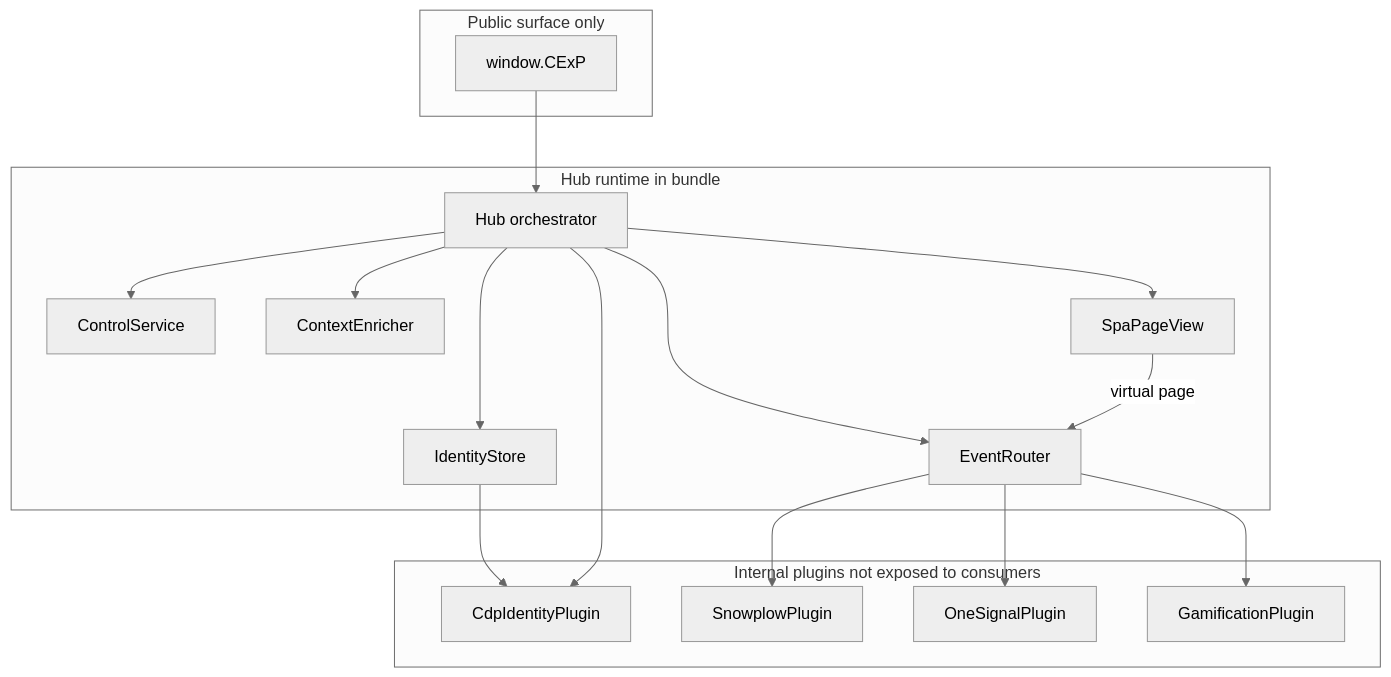
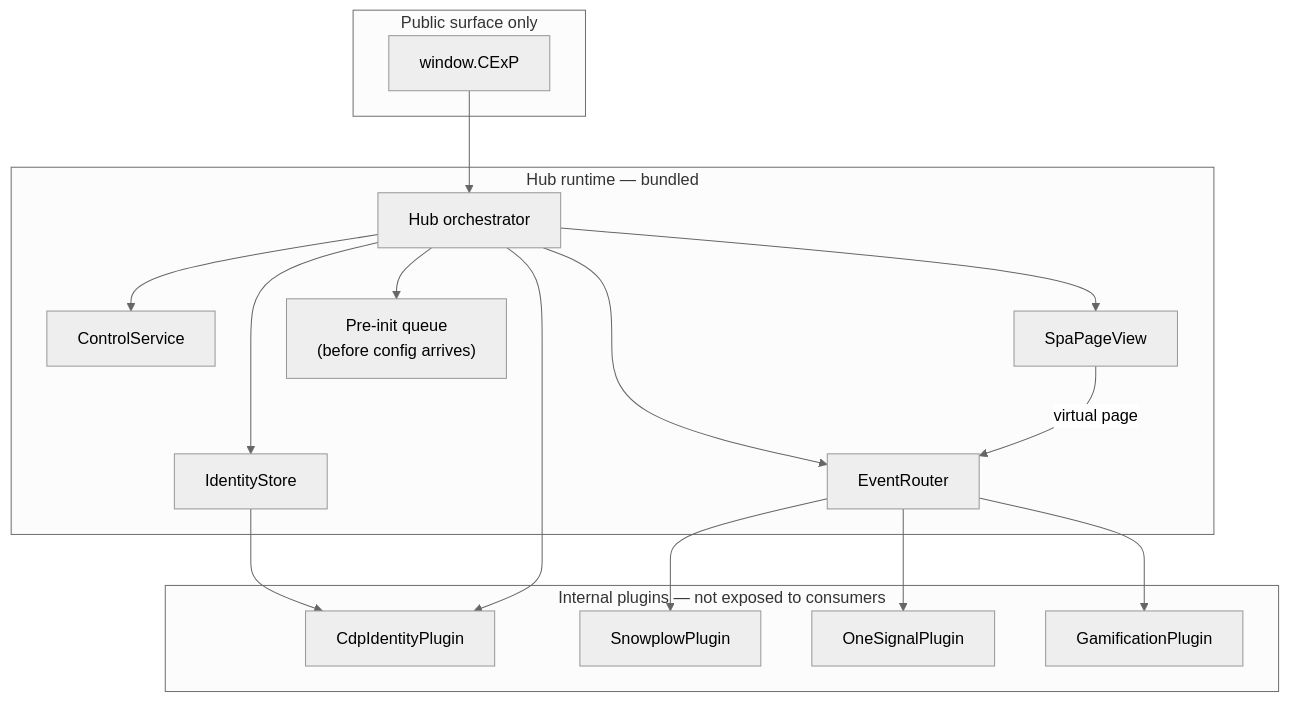
Before and after one commit to CExP-dev/cexp-hub-sdk: the second of 8 diagrams in docs/superpowers/architecture/2026-03-20-cexp-hub-sdk-system-architecture.md, drawn with Mermaid (neutral theme). The commit also changed other lines of this file and 12 other files, not shown here.

````diff
--- a/docs/superpowers/architecture/2026-03-20-cexp-hub-sdk-system-architecture.md
+++ b/docs/superpowers/architecture/2026-03-20-cexp-hub-sdk-system-architecture.md
@@ -58,37 +71,37 @@
 ```mermaid
 flowchart TB
   subgraph publicAPI [Public surface only]
-    CExP[window.CExP]
+    CExP["window.CExP"]
   end
 
-  subgraph hubRuntime [Hub runtime in bundle]
+  subgraph hubRuntime [Hub runtime — bundled]
     Hub[Hub orchestrator]
     ControlSvc[ControlService]
-    Enricher[ContextEnricher]
     Router[EventRouter]
     IdStore[IdentityStore]
     SpaHook[SpaPageView]
+    PreQ["Pre-init queue\n(before config arrives)"]
   end
 
-  subgraph plugins [Internal plugins not exposed to consumers]
+  subgraph plugins [Internal plugins — not exposed to consumers]
     PIdent[CdpIdentityPlugin]
     PSnow[SnowplowPlugin]
     POne[OneSignalPlugin]
     PGam[GamificationPlugin]
   end
 
   CExP --> Hub
   Hub --> ControlSvc
-  Hub --> Enricher
   Hub --> Router
   Hub --> IdStore
   Hub --> SpaHook
+  Hub --> PreQ
 
   Router --> PSnow
   Router --> POne
   Router --> PGam
   IdStore --> PIdent
   Hub --> PIdent
 
   SpaHook -->|"virtual page"| Router
 ```
````
